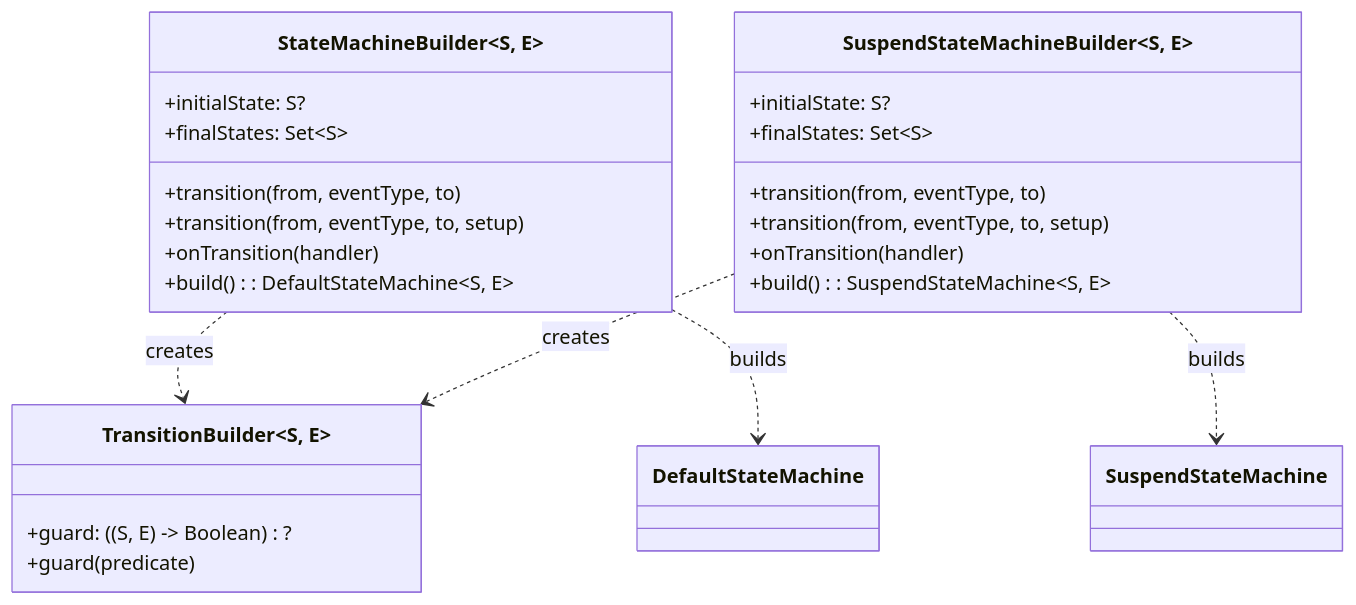
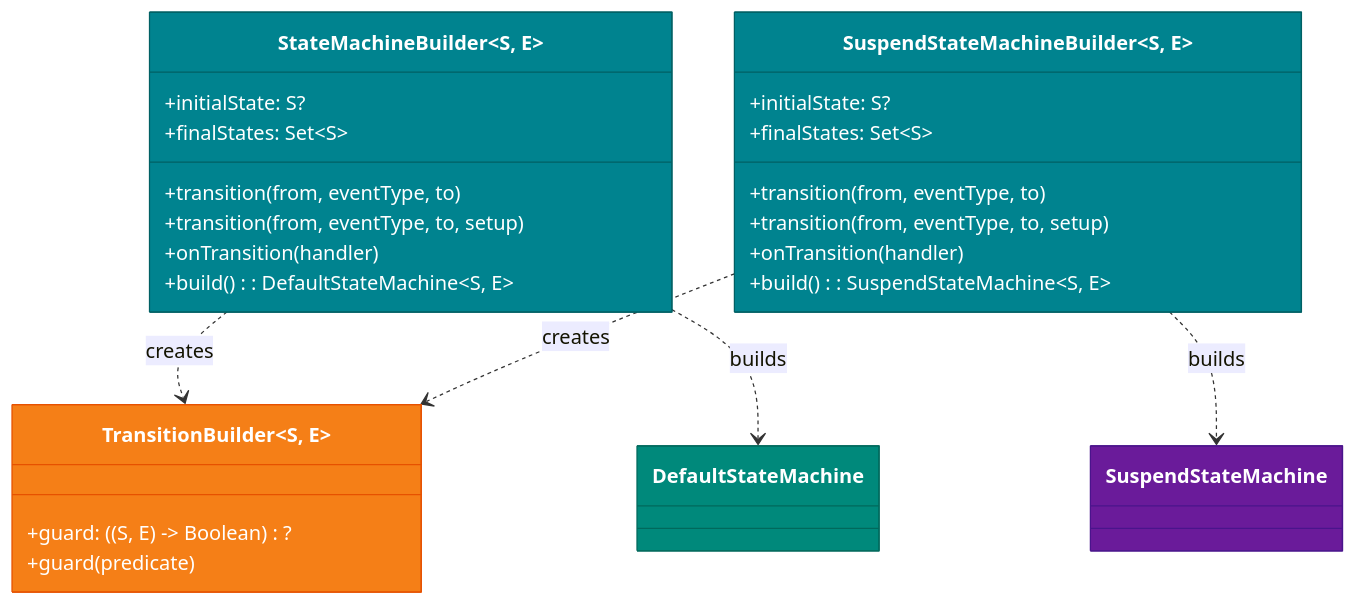
The third of 8 diagrams in utils/states/README.md (bluetape4k/bluetape4k-projects), drawn with Mermaid before and after one commit. The commit also changed other lines of this file and 221 other files, not shown here.

First line of the commit message:
docs: 전체 모듈 README UML 다이어그램 보강 및 색상 업그레이드

````diff
--- a/utils/states/README.md
+++ b/utils/states/README.md
@@ -118,30 +141,36 @@
 ```mermaid
 classDiagram
     class StateMachineBuilder~S, E~ {
         +initialState: S?
         +finalStates: Set~S~
         +transition(from, eventType, to)
         +transition(from, eventType, to, setup)
         +onTransition(handler)
         +build(): DefaultStateMachine~S, E~
     }
 
     class SuspendStateMachineBuilder~S, E~ {
         +initialState: S?
         +finalStates: Set~S~
         +transition(from, eventType, to)
         +transition(from, eventType, to, setup)
         +onTransition(handler)
         +build(): SuspendStateMachine~S, E~
     }
 
     class TransitionBuilder~S, E~ {
         +guard: ((S, E) -> Boolean)?
         +guard(predicate)
     }
 
     StateMachineBuilder ..> TransitionBuilder : creates
     SuspendStateMachineBuilder ..> TransitionBuilder : creates
     StateMachineBuilder ..> DefaultStateMachine : builds
     SuspendStateMachineBuilder ..> SuspendStateMachine : builds
+
+    style StateMachineBuilder fill:#00838F,stroke:#006064,color:#FFFFFF
+    style SuspendStateMachineBuilder fill:#00838F,stroke:#006064,color:#FFFFFF
+    style TransitionBuilder fill:#F57F17,stroke:#E65100,color:#FFFFFF
+    style DefaultStateMachine fill:#00897B,stroke:#00695C,color:#FFFFFF
+    style SuspendStateMachine fill:#6A1B9A,stroke:#4A148C,color:#FFFFFF
 ```
````
